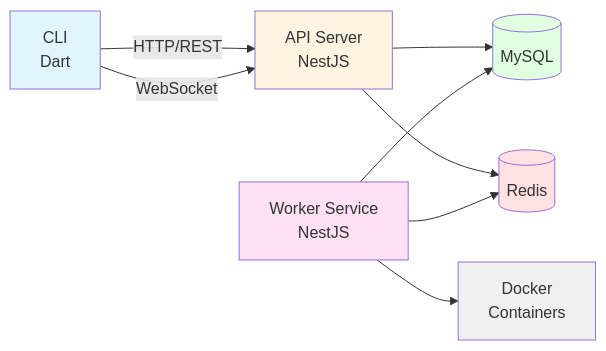
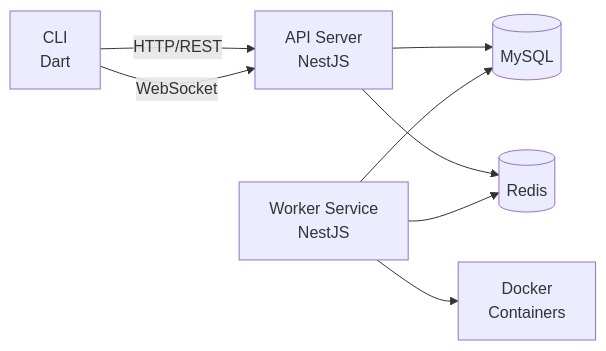
Before and after one commit to lery-in-univ/fullstack-svc-programming-backend: the diagram in README.md, drawn with Mermaid.

Commit message:
docs: readme mermaid에서 불필요한 색깔 제거

````diff
--- a/README.md
+++ b/README.md
@@ -7,24 +7,17 @@
 ```mermaid
 graph LR
     CLI[CLI<br/>Dart]
     API[API Server<br/>NestJS]
     WORKER[Worker Service<br/>NestJS]
     MYSQL[(MySQL)]
     REDIS[(Redis)]
     DOCKER[Docker<br/>Containers]
 
     CLI -->|HTTP/REST| API
     CLI -->|WebSocket| API
     API --> MYSQL
     API --> REDIS
     WORKER --> MYSQL
     WORKER --> REDIS
     WORKER --> DOCKER
-
-    style CLI fill:#e1f5ff
-    style API fill:#fff4e1
-    style WORKER fill:#ffe1f5
-    style MYSQL fill:#e1ffe1
-    style REDIS fill:#ffe1e1
-    style DOCKER fill:#f0f0f0
 ```
````
